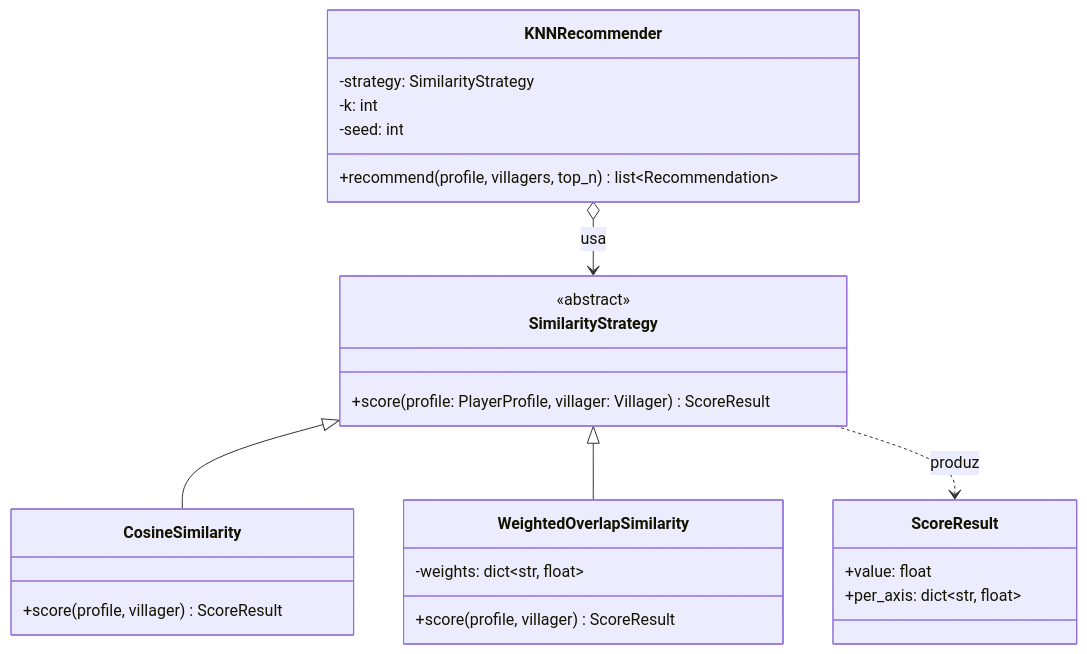
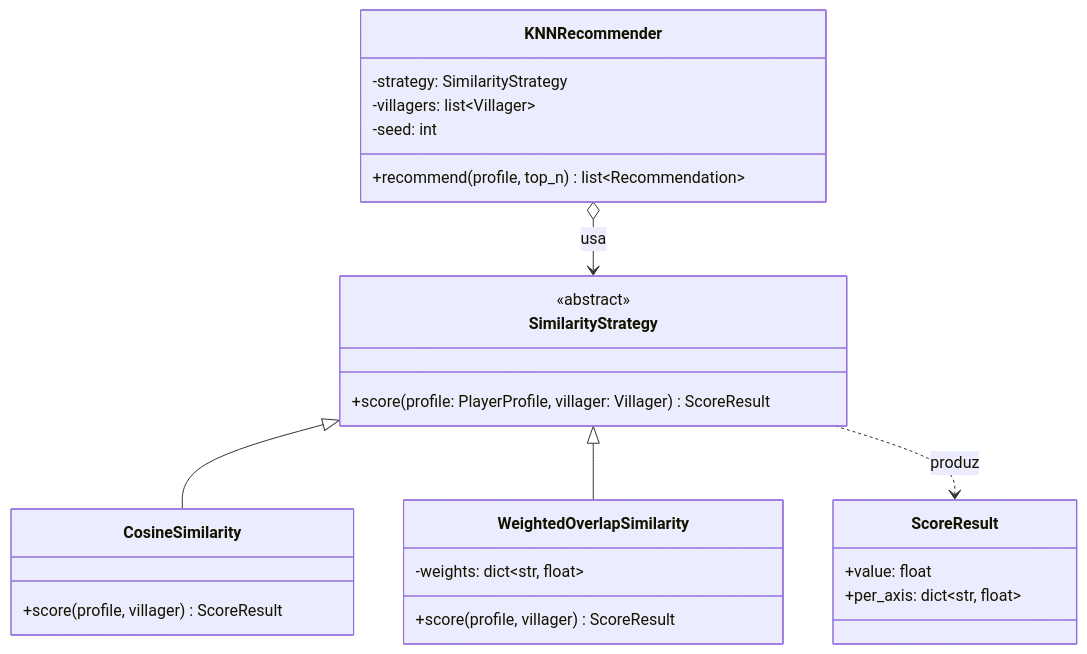
The first of 2 diagrams in docs/arquitetura.md (Paludeto/nook-matcher), drawn with Mermaid before and after one commit. The commit also changed other lines of this file, not shown here.

First line of the commit message:
Update architecture guidelines and code examples

````diff
--- a/docs/arquitetura.md
+++ b/docs/arquitetura.md
@@ -101,28 +103,28 @@
 ```mermaid
 classDiagram
     class SimilarityStrategy {
         <<abstract>>
         +score(profile: PlayerProfile, villager: Villager) ScoreResult
     }
     class CosineSimilarity {
         +score(profile, villager) ScoreResult
     }
     class WeightedOverlapSimilarity {
         -weights: dict~str, float~
         +score(profile, villager) ScoreResult
     }
     class KNNRecommender {
         -strategy: SimilarityStrategy
-        -k: int
+        -villagers: list~Villager~
         -seed: int
-        +recommend(profile, villagers, top_n) list~Recommendation~
+        +recommend(profile, top_n) list~Recommendation~
     }
     class ScoreResult {
         +value: float
         +per_axis: dict~str, float~
     }
     SimilarityStrategy <|-- CosineSimilarity
     SimilarityStrategy <|-- WeightedOverlapSimilarity
     KNNRecommender o--> SimilarityStrategy : usa
     SimilarityStrategy ..> ScoreResult : produz
 ```
````
